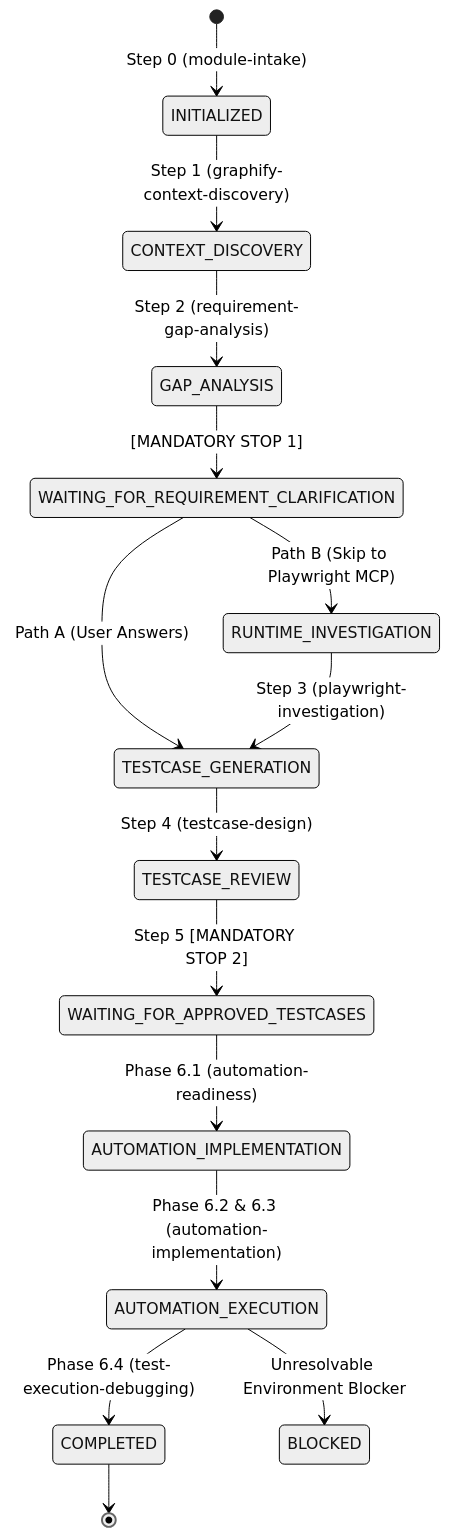
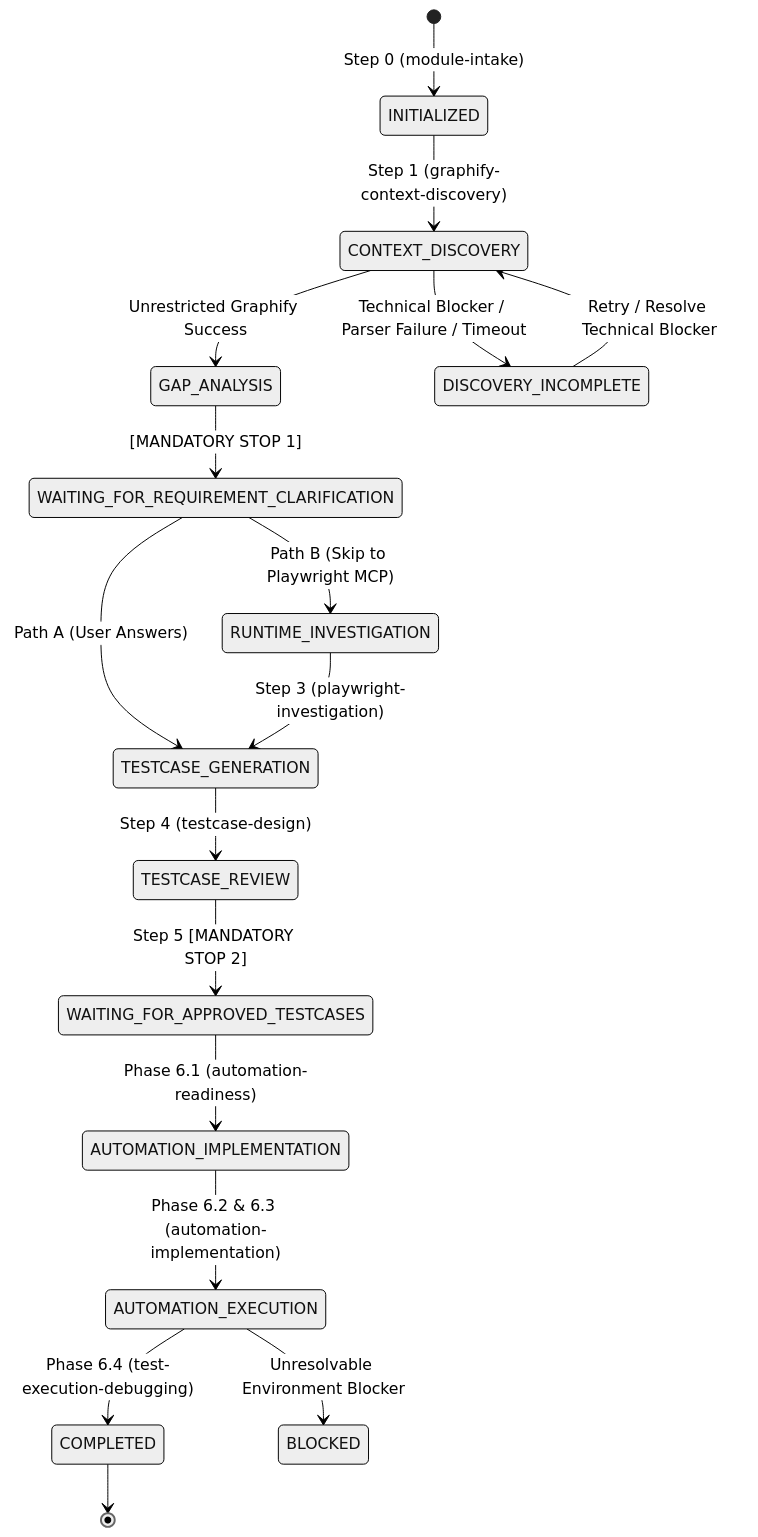
The diagram in skills/workflow-orchestrator/SKILL.md (Dang-nhut-tan/QA-skill), drawn with Mermaid (neutral theme) before and after one commit. The commit also changed other lines of this file and 5 other files, not shown here.

Commit message:
feat(graphify): implement unrestricted dependency discovery and decouple from context loading

````diff
--- a/skills/workflow-orchestrator/SKILL.md
+++ b/skills/workflow-orchestrator/SKILL.md
@@ -24,21 +24,23 @@
 ```mermaid
 stateDiagram-v2
     [*] --> INITIALIZED: Step 0 (module-intake)
     INITIALIZED --> CONTEXT_DISCOVERY: Step 1 (graphify-context-discovery)
-    CONTEXT_DISCOVERY --> GAP_ANALYSIS: Step 2 (requirement-gap-analysis)
+    CONTEXT_DISCOVERY --> GAP_ANALYSIS: Unrestricted Graphify Success
+    CONTEXT_DISCOVERY --> DISCOVERY_INCOMPLETE: Technical Blocker / Parser Failure / Timeout
+    DISCOVERY_INCOMPLETE --> CONTEXT_DISCOVERY: Retry / Resolve Technical Blocker
     
     GAP_ANALYSIS --> WAITING_FOR_REQUIREMENT_CLARIFICATION: [MANDATORY STOP 1]
     
     WAITING_FOR_REQUIREMENT_CLARIFICATION --> TESTCASE_GENERATION: Path A (User Answers)
     WAITING_FOR_REQUIREMENT_CLARIFICATION --> RUNTIME_INVESTIGATION: Path B (Skip to Playwright MCP)
     RUNTIME_INVESTIGATION --> TESTCASE_GENERATION: Step 3 (playwright-investigation)
     
     TESTCASE_GENERATION --> TESTCASE_REVIEW: Step 4 (testcase-design)
     TESTCASE_REVIEW --> WAITING_FOR_APPROVED_TESTCASES: Step 5 [MANDATORY STOP 2]
     
     WAITING_FOR_APPROVED_TESTCASES --> AUTOMATION_IMPLEMENTATION: Phase 6.1 (automation-readiness)
     AUTOMATION_IMPLEMENTATION --> AUTOMATION_EXECUTION: Phase 6.2 & 6.3 (automation-implementation)
     AUTOMATION_EXECUTION --> COMPLETED: Phase 6.4 (test-execution-debugging)
     AUTOMATION_EXECUTION --> BLOCKED: Unresolvable Environment Blocker
     COMPLETED --> [*]
 ```
````
